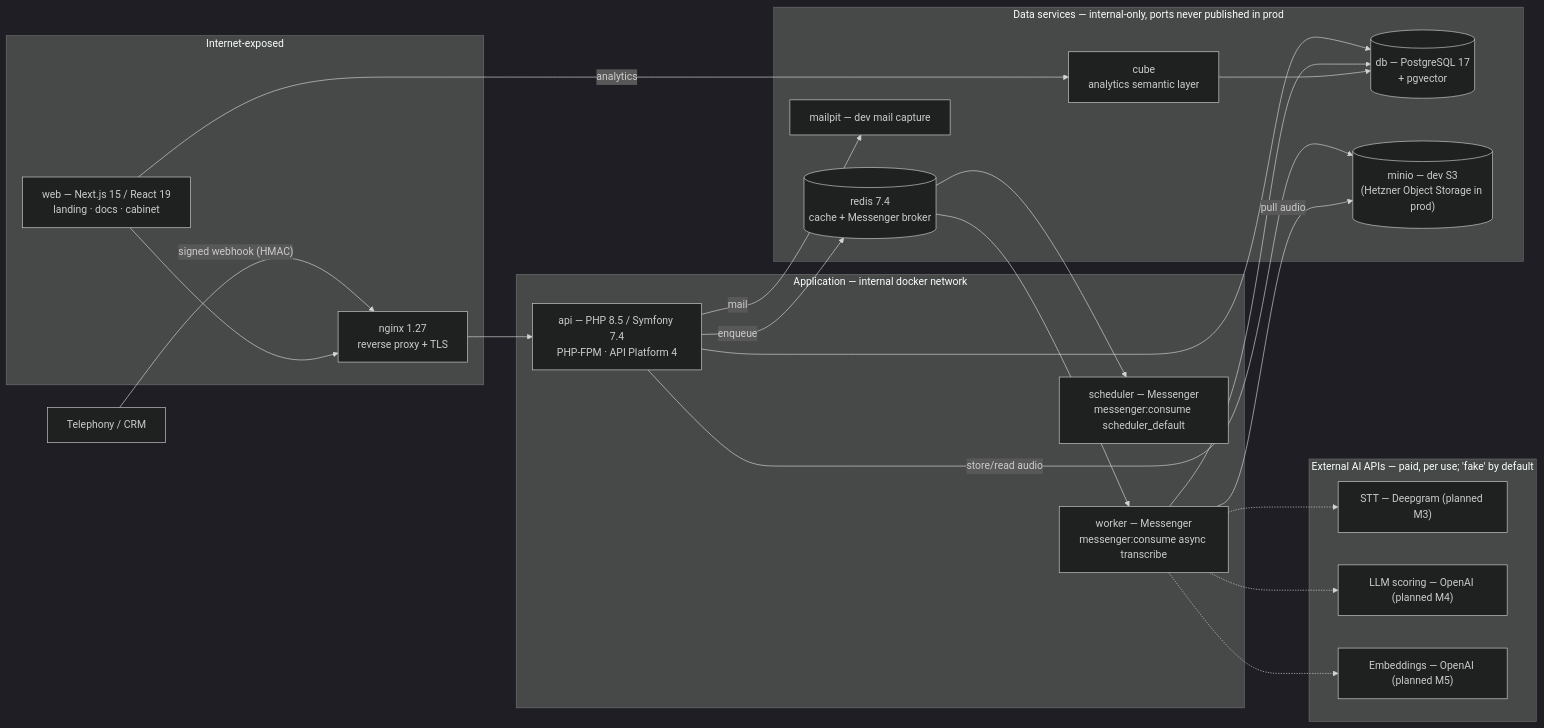
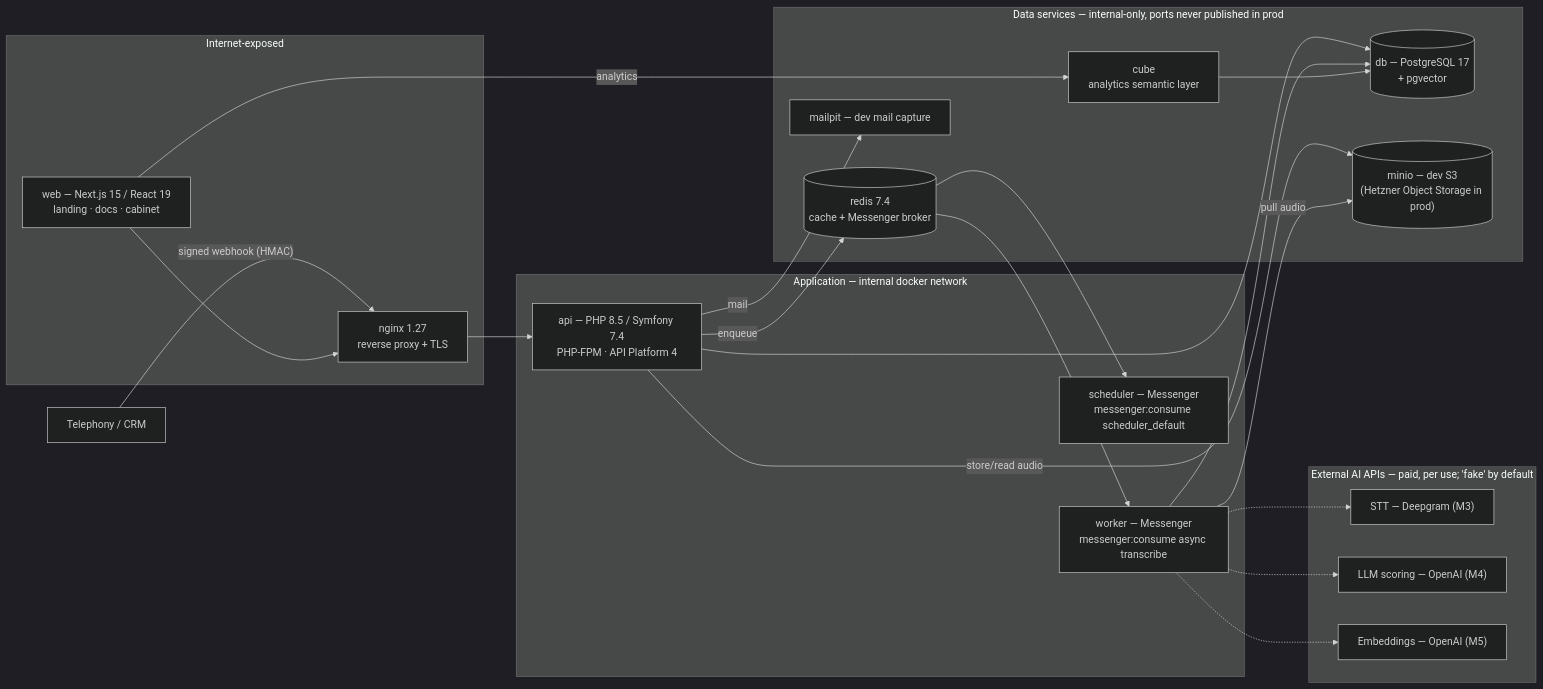
One commit to kindrakevich-agency/CallLens changed the diagram in docs/architecture.md. Above: the diagram before and after it, drawn with Mermaid (dark theme). The commit also changed other lines of this file and 2 other files, not shown here.

````diff
--- a/docs/architecture.md
+++ b/docs/architecture.md
@@ -29,45 +30,45 @@
 ```mermaid
 flowchart LR
   subgraph public[Internet-exposed]
     NX["nginx 1.27<br/>reverse proxy + TLS"]
     WEB["web — Next.js 15 / React 19<br/>landing · docs · cabinet"]
   end
 
   subgraph app[Application — internal docker network]
     API["api — PHP 8.5 / Symfony 7.4<br/>PHP-FPM · API Platform 4"]
     WRK["worker — Messenger<br/>messenger:consume async transcribe"]
     SCH["scheduler — Messenger<br/>messenger:consume scheduler_default"]
   end
 
   subgraph data[Data services — internal-only, ports never published in prod]
     PG[("db — PostgreSQL 17<br/>+ pgvector")]
     RDS[("redis 7.4<br/>cache + Messenger broker")]
     CUBE["cube<br/>analytics semantic layer"]
     MIN[("minio — dev S3<br/>(Hetzner Object Storage in prod)")]
     MP["mailpit — dev mail capture"]
   end
 
   subgraph ext[External AI APIs — paid, per use; 'fake' by default]
-    STT["STT — Deepgram (planned M3)"]
-    LLM["LLM scoring — OpenAI (planned M4)"]
-    EMB["Embeddings — OpenAI (planned M5)"]
+    STT["STT — Deepgram (M3)"]
+    LLM["LLM scoring — OpenAI (M4)"]
+    EMB["Embeddings — OpenAI (M5)"]
   end
 
   TEL["Telephony / CRM"] -- "signed webhook (HMAC)" --> NX
   NX --> API
   WEB --> NX
   WEB -- analytics --> CUBE
 
   API -- store/read audio --> MIN
   API -- enqueue --> RDS
   RDS --> WRK
   RDS --> SCH
   WRK -- pull audio --> MIN
   WRK -.-> STT
   WRK -.-> LLM
   WRK -.-> EMB
   API --> PG
   WRK --> PG
   CUBE --> PG
   API -- mail --> MP
 ```
````
